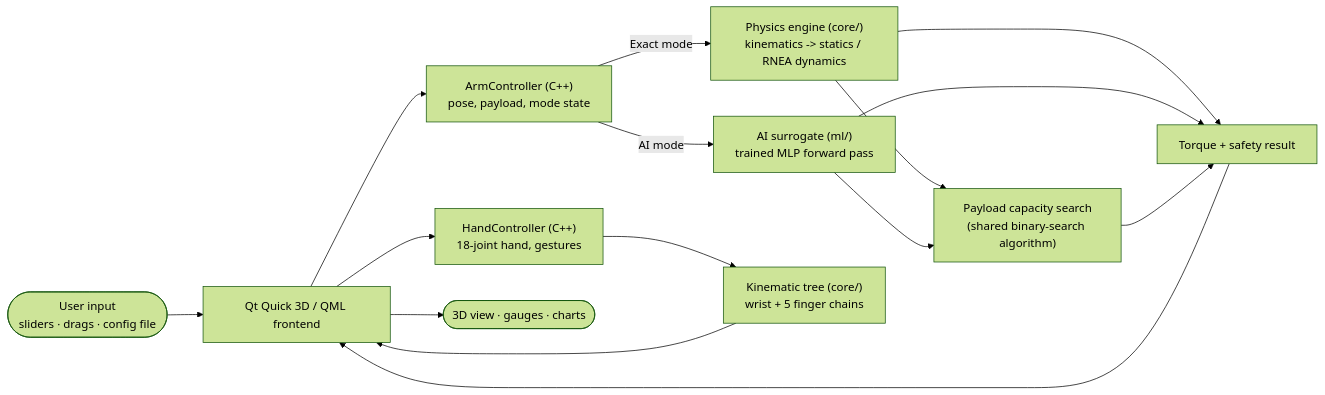
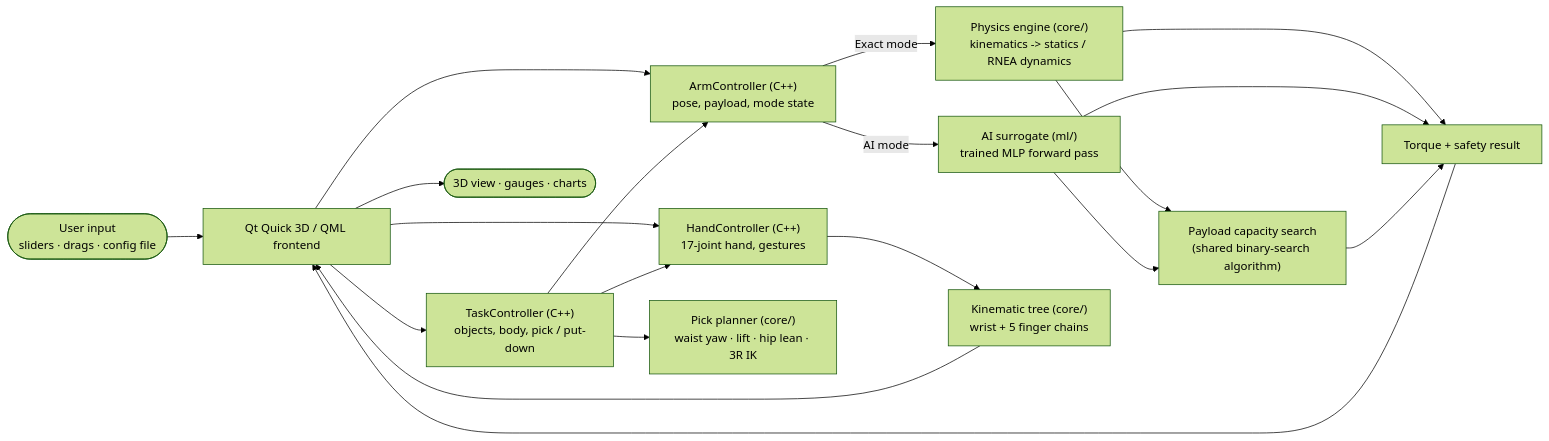
Before and after one commit to HSley13/robot-arm-analyzer: the first of 2 diagrams in README.md, drawn with Mermaid (forest theme). The commit also changed other lines of this file and 29 other files, not shown here.

First line of the commit message:
Humanoid body + pick-and-place; clean, more detailed arm

````diff
--- a/README.md
+++ b/README.md
@@ -36,17 +38,21 @@
 ```mermaid
 flowchart LR
     U(["User input<br/>sliders · drags · config file"]) --> UI["Qt Quick 3D / QML frontend"]
     UI --> AC["ArmController (C++)<br/>pose, payload, mode state"]
-    UI --> HC["HandController (C++)<br/>18-joint hand, gestures"]
+    UI --> HC["HandController (C++)<br/>17-joint hand, gestures"]
+    UI --> TC["TaskController (C++)<br/>objects, body, pick / put-down"]
+    TC --> PLAN["Pick planner (core/)<br/>waist yaw · lift · hip lean · 3R IK"]
+    TC --> AC
+    TC --> HC
     AC -->|Exact mode| CORE["Physics engine (core/)<br/>kinematics -> statics / RNEA dynamics"]
     AC -->|AI mode| ML["AI surrogate (ml/)<br/>trained MLP forward pass"]
     HC --> TREE["Kinematic tree (core/)<br/>wrist + 5 finger chains"]
     CORE --> CAP["Payload capacity search<br/>(shared binary-search algorithm)"]
     ML --> CAP
     CORE --> RES["Torque + safety result"]
     ML --> RES
     CAP --> RES
     RES --> UI
     TREE --> UI
     UI --> OUT(["3D view · gauges · charts"])
 ```
````
